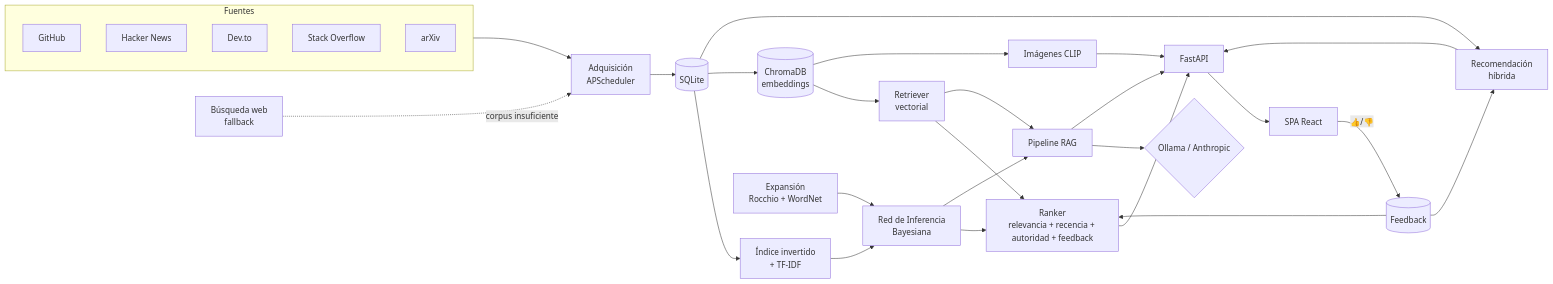
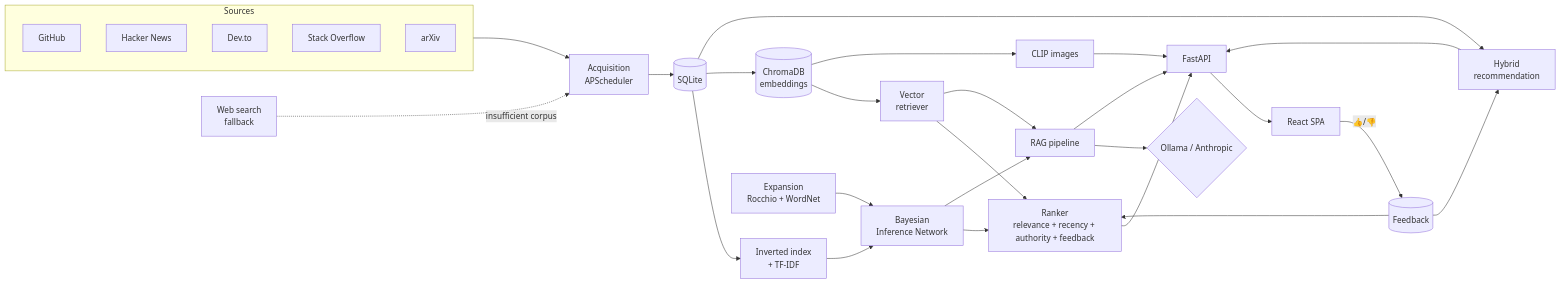
The diagram in README.md (jccarmenate/tech-rag-information-retrieval-system), drawn with Mermaid before and after one commit. The commit also changed other lines of this file and 1 other file, not shown here.

````diff
--- a/README.md
+++ b/README.md
@@ -15,40 +17,40 @@
 ```mermaid
 flowchart LR
-    subgraph Fuentes["Fuentes"]
+    subgraph Sources["Sources"]
         GH["GitHub"]
         HN["Hacker News"]
         DT["Dev.to"]
         SE["Stack Overflow"]
         AX["arXiv"]
     end
 
-    Fuentes --> ACQ["Adquisición<br/>APScheduler"]
+    Sources --> ACQ["Acquisition<br/>APScheduler"]
     ACQ --> DB[("SQLite")]
-    WS["Búsqueda web<br/>fallback"] -. corpus insuficiente .-> ACQ
+    WS["Web search<br/>fallback"] -. insufficient corpus .-> ACQ
 
-    DB --> IDX["Índice invertido<br/>+ TF-IDF"]
+    DB --> IDX["Inverted index<br/>+ TF-IDF"]
     DB --> VEC[("ChromaDB<br/>embeddings")]
 
-    IDX --> IN["Red de Inferencia<br/>Bayesiana"]
-    VEC --> VR["Retriever<br/>vectorial"]
-    EXP["Expansión<br/>Rocchio + WordNet"] --> IN
+    IDX --> IN["Bayesian<br/>Inference Network"]
+    VEC --> VR["Vector<br/>retriever"]
+    EXP["Expansion<br/>Rocchio + WordNet"] --> IN
 
-    IN --> RANK["Ranker<br/>relevancia + recencia + autoridad + feedback"]
+    IN --> RANK["Ranker<br/>relevance + recency + authority + feedback"]
     VR --> RANK
     RANK --> API
 
-    IN --> RAG["Pipeline RAG"]
+    IN --> RAG["RAG pipeline"]
     VR --> RAG
     RAG --> LLM{"Ollama / Anthropic"}
     RAG --> API["FastAPI"]
 
-    VEC --> IMG["Imágenes CLIP"]
+    VEC --> IMG["CLIP images"]
     IMG --> API
-    DB --> REC["Recomendación<br/>híbrida"]
+    DB --> REC["Hybrid<br/>recommendation"]
     REC --> API
 
-    API --> UI["SPA React"]
+    API --> UI["React SPA"]
     UI -->|"👍/👎"| FB[("Feedback")]
     FB --> RANK
     FB --> REC
 ```
````
